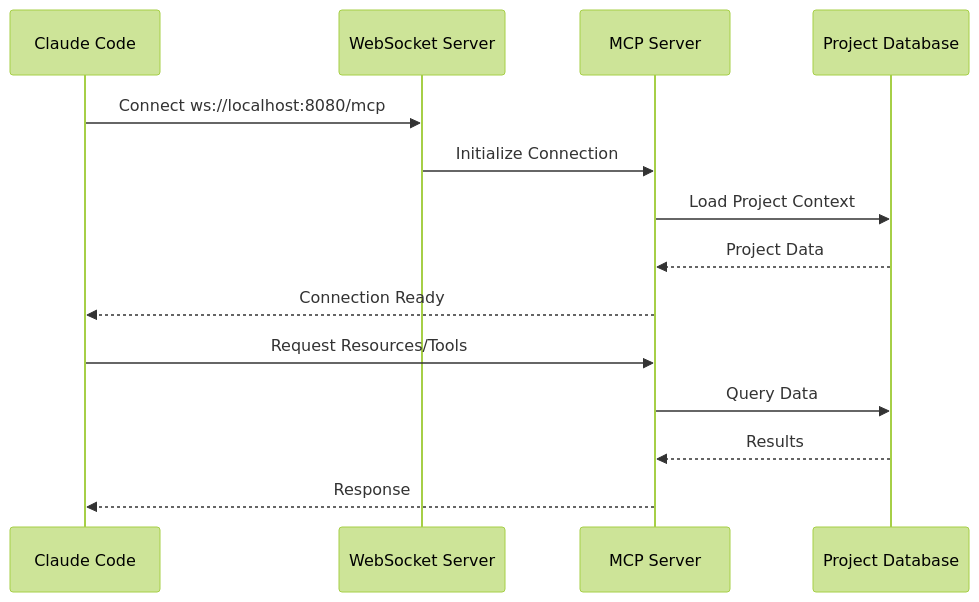
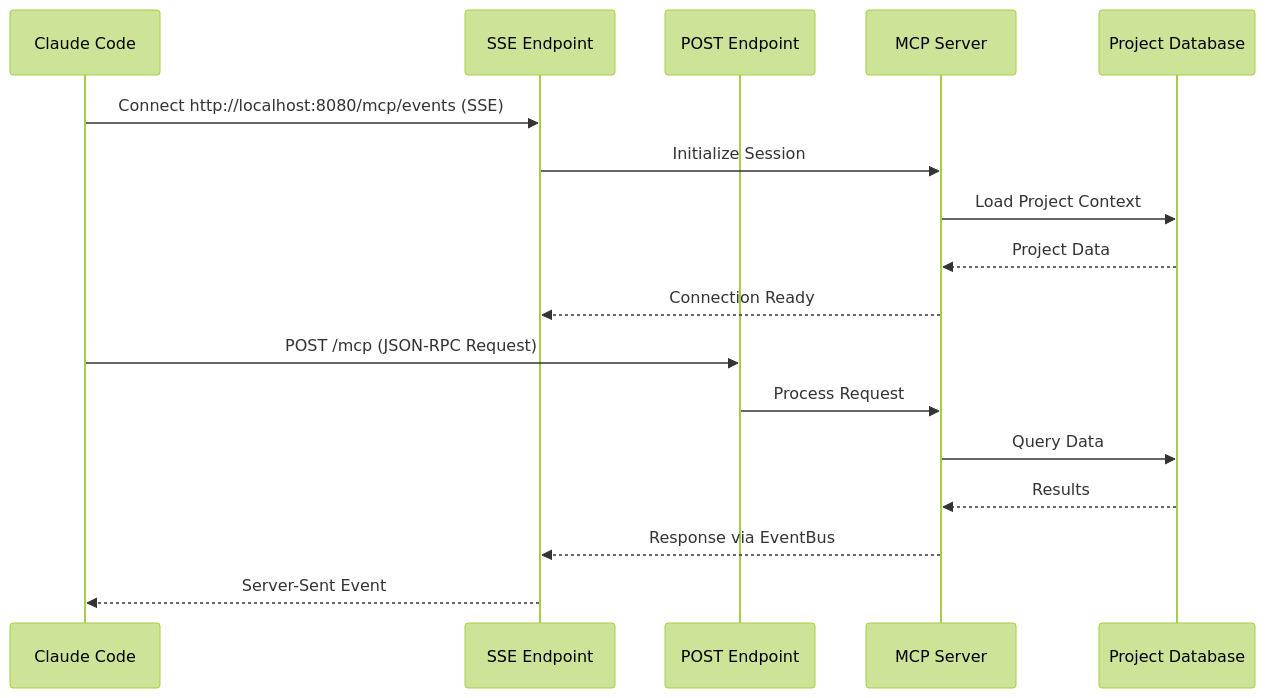
One commit to spiralhouse/cycletime changed the first of 2 diagrams in docs/getting-started/mcp-client-setup.md. Above: the diagram before and after it, drawn with Mermaid (forest theme). The commit also changed other lines of this file and 14 other files, not shown here.

First line of the commit message:
docs: update all documentation from WebSocket to SSE transport (SPI-665)

````diff
--- a/docs/getting-started/mcp-client-setup.md
+++ b/docs/getting-started/mcp-client-setup.md
@@ -17,18 +17,21 @@
 ```mermaid
 sequenceDiagram
     participant CC as Claude Code
-    participant WS as WebSocket Server
+    participant SSE as SSE Endpoint
+    participant POST as POST Endpoint
     participant MCP as MCP Server
     participant DB as Project Database
 
-    CC->>WS: Connect ws://localhost:8080/mcp
-    WS->>MCP: Initialize Connection
+    CC->>SSE: Connect http://localhost:8080/mcp/events (SSE)
+    SSE->>MCP: Initialize Session
     MCP->>DB: Load Project Context
     DB-->>MCP: Project Data
-    MCP-->>CC: Connection Ready
+    MCP-->>SSE: Connection Ready
 
-    CC->>MCP: Request Resources/Tools
+    CC->>POST: POST /mcp (JSON-RPC Request)
+    POST->>MCP: Process Request
     MCP->>DB: Query Data
     DB-->>MCP: Results
-    MCP-->>CC: Response
+    MCP-->>SSE: Response via EventBus
+    SSE-->>CC: Server-Sent Event
 ```
````
